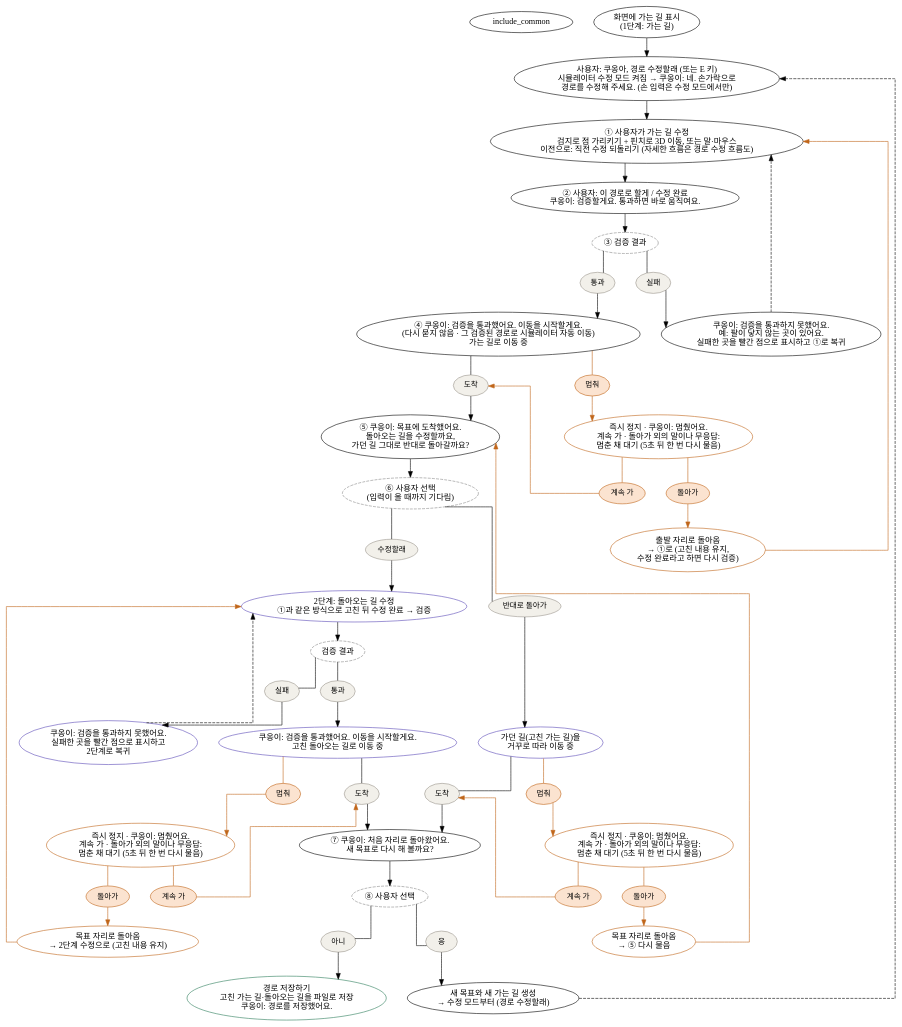
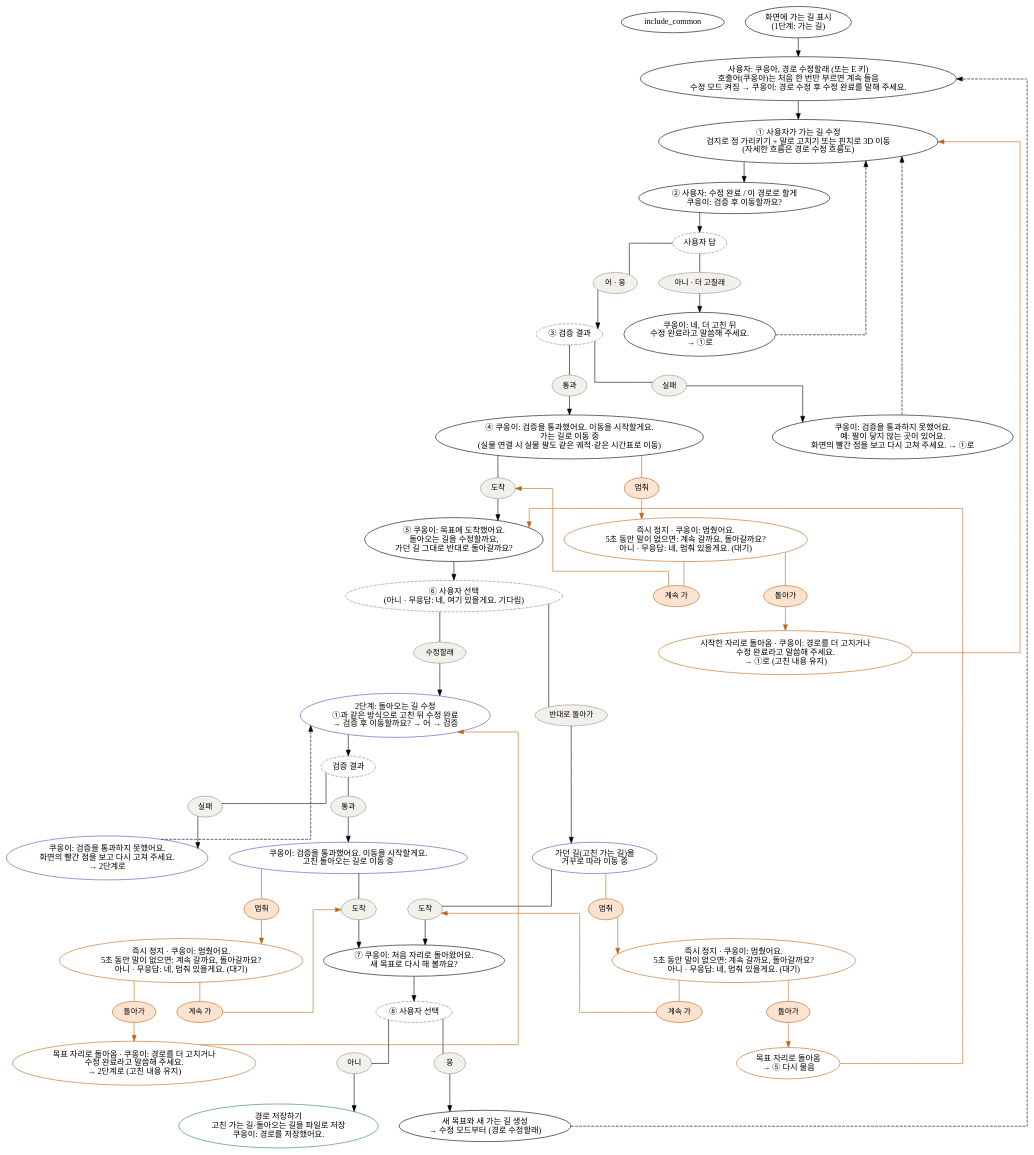
Before and after one commit to jaemin0319/ChatKHU: the diagram in docs/flow/flow1_overall.dot, drawn with Graphviz. The commit also changed 35 other files, not shown here.

```diff
--- a/docs/flow/flow1_overall.dot
+++ b/docs/flow/flow1_overall.dot
@@ -1,80 +1,87 @@
 digraph G {
   include_common
   graph [splines=ortho, nodesep=0.5, ranksep=0.45];
   start [label="화면에 가는 길 표시\n(1단계: 가는 길)"];
-  mode1 [label="사용자: 쿠옹아, 경로 수정할래 (또는 E 키)\n시뮬레이터 수정 모드 켜짐 → 쿠옹이: 네. 손가락으로\n경로를 수정해 주세요. (손 입력은 수정 모드에서만)"];
-  edit1 [label="① 사용자가 가는 길 수정\n검지로 점 가리키기 + 핀치로 3D 이동, 또는 말·마우스\n이전으로: 직전 수정 되돌리기 (자세한 흐름은 경로 수정 흐름도)"];
-  done1 [label="② 사용자: 이 경로로 할게 / 수정 완료\n쿠옹이: 검증할게요. 통과하면 바로 움직여요."];
+  mode1 [label="사용자: 쿠옹아, 경로 수정할래 (또는 E 키)\n호출어(쿠옹아)는 처음 한 번만 부르면 계속 들음\n수정 모드 켜짐 → 쿠옹이: 경로 수정 후 수정 완료를 말해 주세요."];
+  edit1 [label="① 사용자가 가는 길 수정\n검지로 점 가리키기 + 말로 고치기 또는 핀치로 3D 이동\n(자세한 흐름은 경로 수정 흐름도)"];
+  done1 [label="② 사용자: 수정 완료 / 이 경로로 할게\n쿠옹이: 검증 후 이동할까요?"];
+  q1 [label="사용자 답", style="rounded,dashed", fillcolor="white", color="#888888"];
+  w1 [label="쿠옹이: 네, 더 고친 뒤\n수정 완료라고 말씀해 주세요.\n→ ①로"];
   v1 [label="③ 검증 결과", style="rounded,dashed", fillcolor="white", color="#888888"];
-  f1 [label="쿠옹이: 검증을 통과하지 못했어요.\n예: 팔이 닿지 않는 곳이 있어요.\n실패한 곳을 빨간 점으로 표시하고 ①로 복귀"];
-  m1 [label="④ 쿠옹이: 검증을 통과했어요. 이동을 시작할게요.\n(다시 묻지 않음 · 그 검증된 경로로 시뮬레이터 자동 이동)\n가는 길로 이동 중"];
+  f1 [label="쿠옹이: 검증을 통과하지 못했어요.\n예: 팔이 닿지 않는 곳이 있어요.\n화면의 빨간 점을 보고 다시 고쳐 주세요. → ①로"];
+  m1 [label="④ 쿠옹이: 검증을 통과했어요. 이동을 시작할게요.\n가는 길로 이동 중\n(실물 연결 시 실물 팔도 같은 궤적·같은 시간표로 이동)"];
   ask1 [label="⑤ 쿠옹이: 목표에 도착했어요.\n돌아오는 길을 수정할까요,\n가던 길 그대로 반대로 돌아갈까요?"];
-  c1 [label="⑥ 사용자 선택\n(입력이 올 때까지 기다림)", style="rounded,dashed", fillcolor="white", color="#888888"];
+  c1 [label="⑥ 사용자 선택\n(아니 · 무응답: 네, 여기 있을게요. 기다림)", style="rounded,dashed", fillcolor="white", color="#888888"];
   rev [label="가던 길(고친 가는 길)을\n거꾸로 따라 이동 중", fillcolor="#EEEBFB", color="#5B4BB7"];
-  edit2 [label="2단계: 돌아오는 길 수정\n①과 같은 방식으로 고친 뒤 수정 완료 → 검증", fillcolor="#EEEBFB", color="#5B4BB7"];
+  edit2 [label="2단계: 돌아오는 길 수정\n①과 같은 방식으로 고친 뒤 수정 완료\n→ 검증 후 이동할까요? → 어 → 검증", fillcolor="#EEEBFB", color="#5B4BB7"];
   v2c [label="검증 결과", style="rounded,dashed", fillcolor="white", color="#888888"];
-  f2 [label="쿠옹이: 검증을 통과하지 못했어요.\n실패한 곳을 빨간 점으로 표시하고\n2단계로 복귀", fillcolor="#EEEBFB", color="#5B4BB7"];
+  f2 [label="쿠옹이: 검증을 통과하지 못했어요.\n화면의 빨간 점을 보고 다시 고쳐 주세요.\n→ 2단계로", fillcolor="#EEEBFB", color="#5B4BB7"];
   v2 [label="쿠옹이: 검증을 통과했어요. 이동을 시작할게요.\n고친 돌아오는 길로 이동 중", fillcolor="#EEEBFB", color="#5B4BB7"];
   ask2 [label="⑦ 쿠옹이: 처음 자리로 돌아왔어요.\n새 목표로 다시 해 볼까요?"];
   c2 [label="⑧ 사용자 선택", style="rounded,dashed", fillcolor="white", color="#888888"];
   newt [label="새 목표와 새 가는 길 생성\n→ 수정 모드부터 (경로 수정할래)"];
   save [label="경로 저장하기\n고친 가는 길·돌아오는 길을 파일로 저장\n쿠옹이: 경로를 저장했어요.", fillcolor="#E6F4EE", color="#2E7D5B"];
 
   node [fillcolor="#FDF0E6", color="#C0661A"];
-  sA [label="즉시 정지 · 쿠옹이: 멈췄어요.\n계속 가 · 돌아가 외의 말이나 무응답:\n멈춘 채 대기 (5초 뒤 한 번 다시 물음)"];
-  bA [label="출발 자리로 돌아옴\n→ ①로 (고친 내용 유지,\n수정 완료라고 하면 다시 검증)"];
-  sB [label="즉시 정지 · 쿠옹이: 멈췄어요.\n계속 가 · 돌아가 외의 말이나 무응답:\n멈춘 채 대기 (5초 뒤 한 번 다시 물음)"];
+  sA [label="즉시 정지 · 쿠옹이: 멈췄어요.\n5초 동안 말이 없으면: 계속 갈까요, 돌아갈까요?\n아니 · 무응답: 네, 멈춰 있을게요. (대기)"];
+  bA [label="시작한 자리로 돌아옴 · 쿠옹이: 경로를 더 고치거나\n수정 완료라고 말씀해 주세요.\n→ ①로 (고친 내용 유지)"];
+  sB [label="즉시 정지 · 쿠옹이: 멈췄어요.\n5초 동안 말이 없으면: 계속 갈까요, 돌아갈까요?\n아니 · 무응답: 네, 멈춰 있을게요. (대기)"];
   bB [label="목표 자리로 돌아옴\n→ ⑤ 다시 물음"];
-  sC [label="즉시 정지 · 쿠옹이: 멈췄어요.\n계속 가 · 돌아가 외의 말이나 무응답:\n멈춘 채 대기 (5초 뒤 한 번 다시 물음)"];
-  bC [label="목표 자리로 돌아옴\n→ 2단계 수정으로 (고친 내용 유지)"];
+  sC [label="즉시 정지 · 쿠옹이: 멈췄어요.\n5초 동안 말이 없으면: 계속 갈까요, 돌아갈까요?\n아니 · 무응답: 네, 멈춰 있을게요. (대기)"];
+  bC [label="목표 자리로 돌아옴 · 쿠옹이: 경로를 더 고치거나\n수정 완료라고 말씀해 주세요.\n→ 2단계로 (고친 내용 유지)"];
 
   node [style="rounded,filled", fillcolor="#F2F0EA", color="#9A968C", fontsize=13, margin="0.15,0.06", penwidth=1];
   p_fail [label="실패"]; p_pass [label="통과"]; p_fail2 [label="실패"]; p_pass2 [label="통과"];
   p_a1 [label="도착"]; p_a2 [label="도착"]; p_a3 [label="도착"];
   p_rev [label="반대로 돌아가"]; p_edit [label="수정할래"];
   p_yes [label="응"]; p_no [label="아니"];
+  p_go [label="어 · 응"]; p_more [label="아니 · 더 고칠래"];
   node [fillcolor="#FBE3D0", color="#C0661A"];
   p_s1 [label="멈춰"]; p_s2 [label="멈춰"]; p_s3 [label="멈춰"];
   aF [label="계속 가"]; aB [label="돌아가"];
   bF [label="계속 가"]; bBk [label="돌아가"];
   cF [label="계속 가"]; cBk [label="돌아가"];
 
-  start -> mode1 -> edit1 -> done1 -> v1;
+  start -> mode1 -> edit1 -> done1 -> q1;
+  q1 -> p_go [arrowhead=none]; p_go -> v1;
+  q1 -> p_more [arrowhead=none]; p_more -> w1;
+  w1 -> edit1 [style=dashed, constraint=false];
   v1 -> p_pass [arrowhead=none]; p_pass -> m1;
   v1 -> p_fail [arrowhead=none]; p_fail -> f1;
   f1 -> edit1 [style=dashed];
   m1 -> p_a1 [arrowhead=none]; p_a1 -> ask1;
   ask1 -> c1;
   c1 -> p_rev [arrowhead=none]; p_rev -> rev;
   c1 -> p_edit [arrowhead=none]; p_edit -> edit2 -> v2c;
   v2c -> p_pass2 [arrowhead=none]; p_pass2 -> v2;
   v2c -> p_fail2 [arrowhead=none]; p_fail2 -> f2;
   f2 -> edit2 [style=dashed, constraint=false];
   rev -> p_a2 [arrowhead=none]; p_a2 -> ask2;
   v2 -> p_a3 [arrowhead=none]; p_a3 -> ask2;
   ask2 -> c2;
   c2 -> p_yes [arrowhead=none]; p_yes -> newt;
   c2 -> p_no [arrowhead=none]; p_no -> save;
   newt -> mode1 [style=dashed, constraint=false];
 
   edge [color="#C0661A"];
   m1 -> p_s1 [arrowhead=none]; p_s1 -> sA;
   sA -> aF [arrowhead=none]; aF -> p_a1 [constraint=false];
   sA -> aB [arrowhead=none]; aB -> bA;
   bA -> edit1 [constraint=false];
 
   rev -> p_s2 [arrowhead=none]; p_s2 -> sB;
   sB -> bF [arrowhead=none]; bF -> p_a2 [constraint=false];
   sB -> bBk [arrowhead=none]; bBk -> bB;
   bB -> ask1 [constraint=false];
 
   v2 -> p_s3 [arrowhead=none]; p_s3 -> sC;
   sC -> cF [arrowhead=none]; cF -> p_a3 [constraint=false];
   sC -> cBk [arrowhead=none]; cBk -> bC;
   bC -> edit2 [constraint=false];
 
   {rank=same; p_a1; p_s1}
   {rank=same; p_a2; p_s2; p_a3; p_s3}
   {rank=same; p_pass -> p_fail [style=invis]}
+  {rank=same; p_go -> p_more [style=invis]}
   {rank=same; p_fail2 -> p_pass2 [style=invis]}
 }
```
